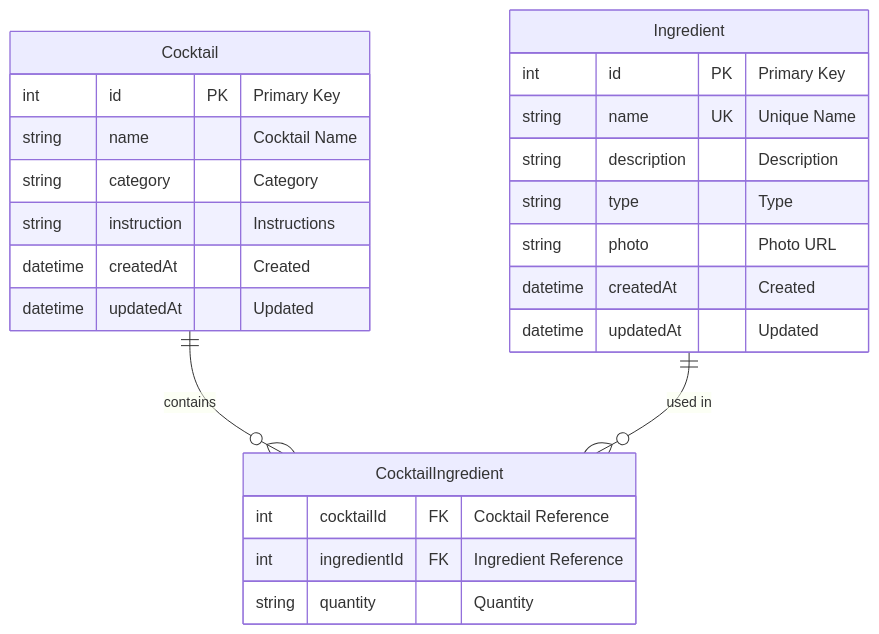
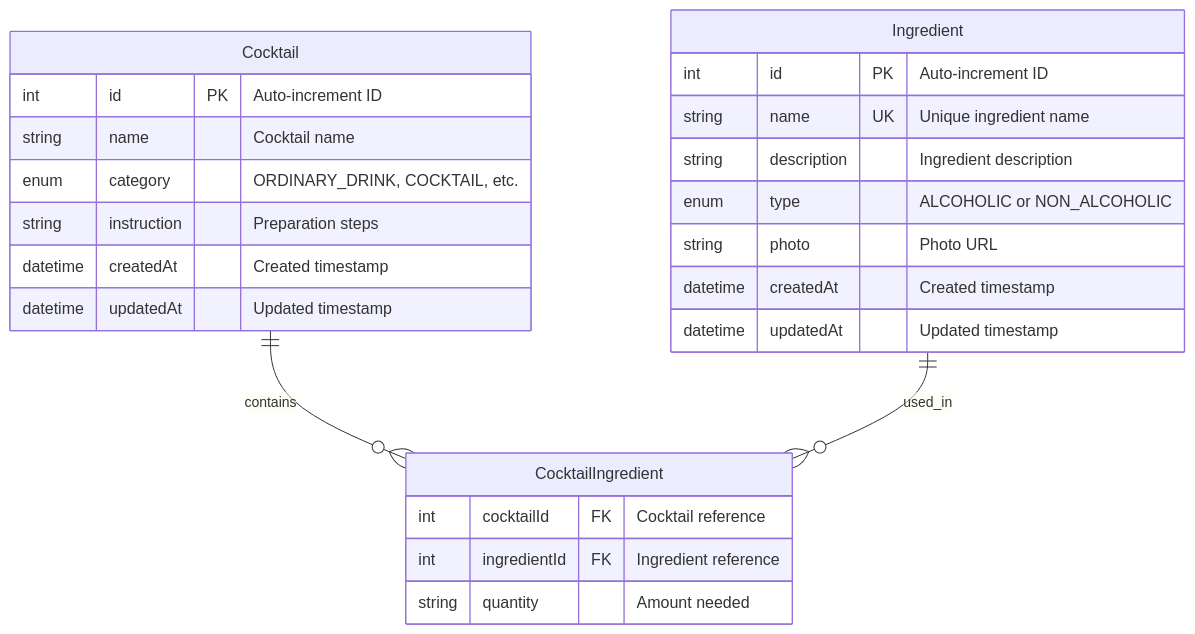
One commit to wsparcie/backend-solvro-rekrutacja-2025 changed the diagram in README.md. Above: the diagram before and after it, drawn with Mermaid. The commit also changed other lines of this file and 4 other files, not shown here.

````diff
--- a/README.md
+++ b/README.md
@@ -30,30 +47,30 @@
 ```mermaid
 erDiagram
     Cocktail ||--o{ CocktailIngredient : "contains"
-    Ingredient ||--o{ CocktailIngredient : "used in"
+    Ingredient ||--o{ CocktailIngredient : "used_in"
 
     Cocktail {
-        int id PK "Primary Key"
-        string name "Cocktail Name"
-        string category "Category"
-        string instruction "Instructions"
-        datetime createdAt "Created"
-        datetime updatedAt "Updated"
+        int id PK "Auto-increment ID"
+        string name "Cocktail name"
+        enum category "ORDINARY_DRINK, COCKTAIL, etc."
+        string instruction "Preparation steps"
+        datetime createdAt "Created timestamp"
+        datetime updatedAt "Updated timestamp"
     }
 
     Ingredient {
-        int id PK "Primary Key"
-        string name UK "Unique Name"
-        string description "Description"
-        string type "Type"
+        int id PK "Auto-increment ID"
+        string name UK "Unique ingredient name"
+        string description "Ingredient description"
+        enum type "ALCOHOLIC or NON_ALCOHOLIC"
         string photo "Photo URL"
-        datetime createdAt "Created"
-        datetime updatedAt "Updated"
+        datetime createdAt "Created timestamp"
+        datetime updatedAt "Updated timestamp"
     }
 
     CocktailIngredient {
-        int cocktailId FK "Cocktail Reference"
-        int ingredientId FK "Ingredient Reference"
-        string quantity "Quantity"
+        int cocktailId FK "Cocktail reference"
+        int ingredientId FK "Ingredient reference"
+        string quantity "Amount needed"
     }
 ```
````
